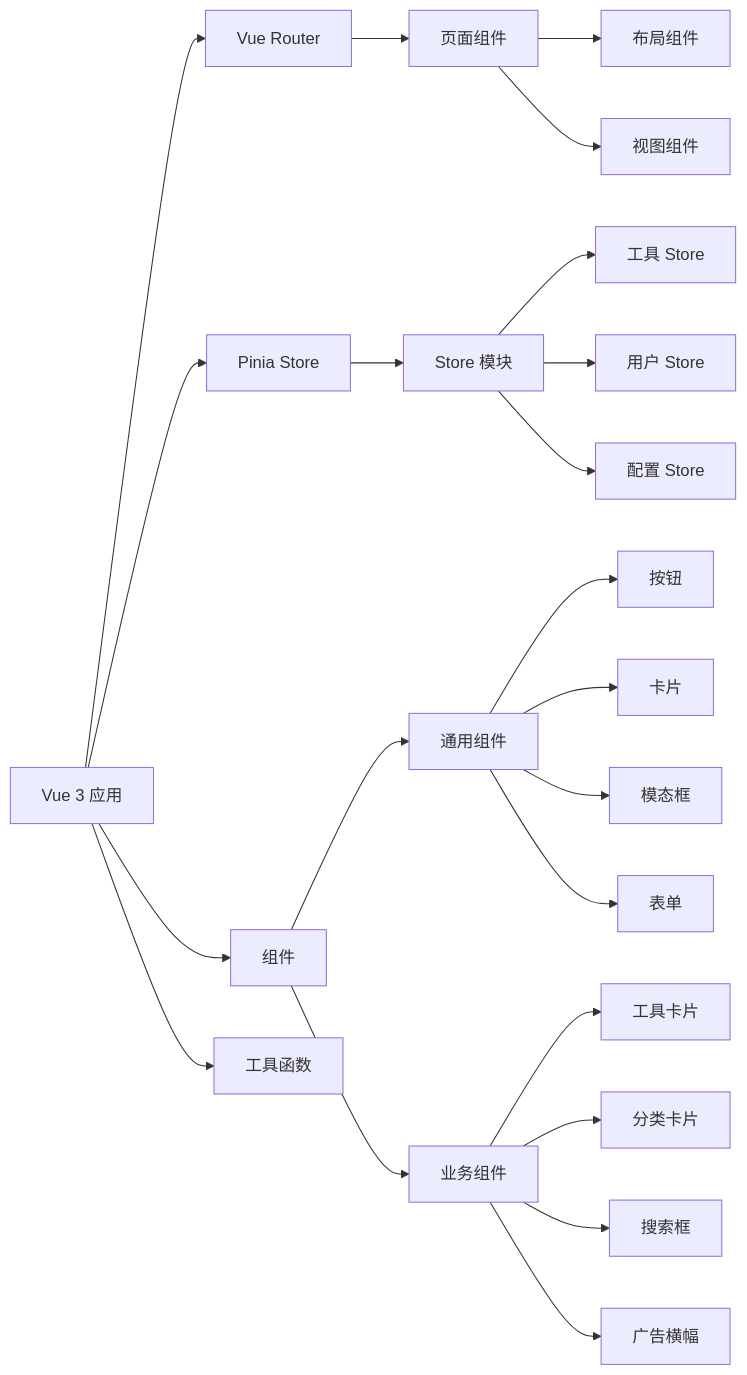
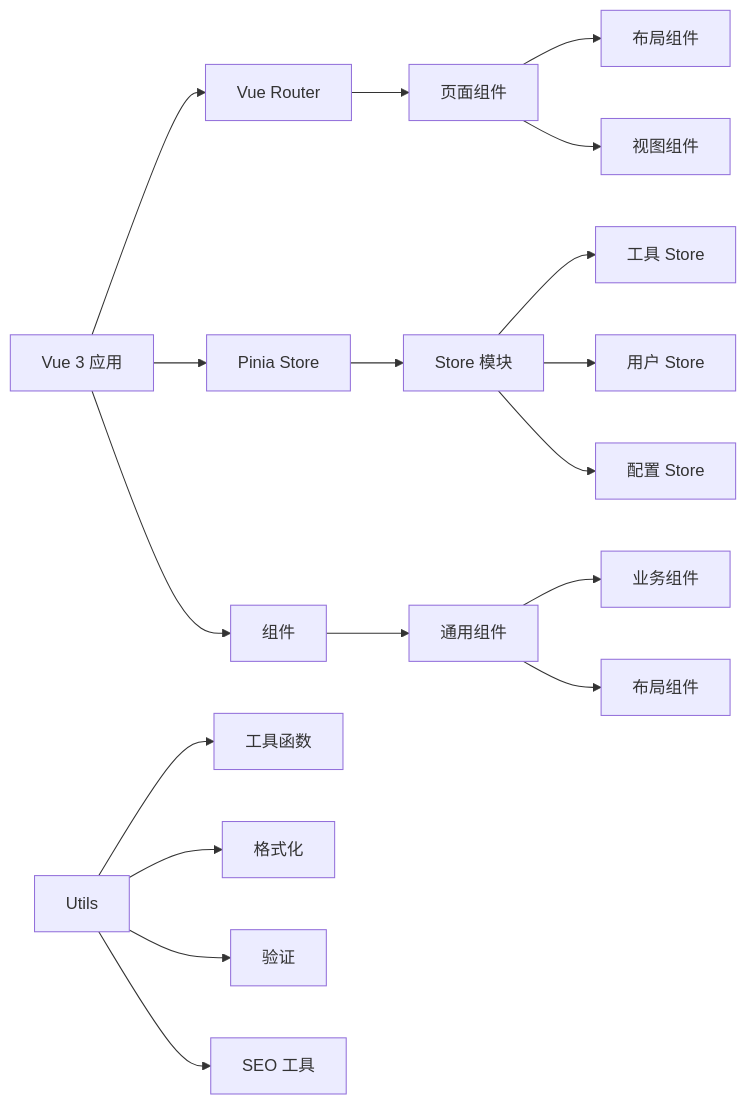
One commit to Hjjjkh/ainavsite changed the second of 2 diagrams in .monkeycode/specs/ai-navigation-site/design.md. Above: the diagram before and after it, drawn with Mermaid. The commit also changed other lines of this file and 2 other files, not shown here.

````diff
--- a/.monkeycode/specs/ai-navigation-site/design.md
+++ b/.monkeycode/specs/ai-navigation-site/design.md
@@ -41,29 +41,24 @@
 ```mermaid
 graph LR
     App[Vue 3 应用] --> Router[Vue Router]
     App --> Store[Pinia Store]
     App --> Components[组件]
-    App --> Utils[工具函数]
 
     Router --> Pages[页面组件]
     Pages --> Layouts[布局组件]
     Pages --> Views[视图组件]
 
     Components --> Common[通用组件]
-    Components --> Business[业务组件]
-
-    Common --> Button[按钮]
-    Common --> Card[卡片]
-    Common --> Modal[模态框]
-    Common --> Form[表单]
-
-    Business --> ToolCard[工具卡片]
-    Business --> CategoryCard[分类卡片]
-    Business --> SearchBox[搜索框]
-    Business --> AdBanner[广告横幅]
+    Common --> Business[业务组件]
+    Common --> Layout[布局组件]
 
     Store --> Modules[Store 模块]
     Modules --> ToolStore[工具 Store]
     Modules --> UserStore[用户 Store]
     Modules --> ConfigStore[配置 Store]
+
+    Utils --> Tool[工具函数]
+    Utils --> Format[格式化]
+    Utils --> Validation[验证]
+    Utils --> SEO[SEO 工具]
 ```
````
